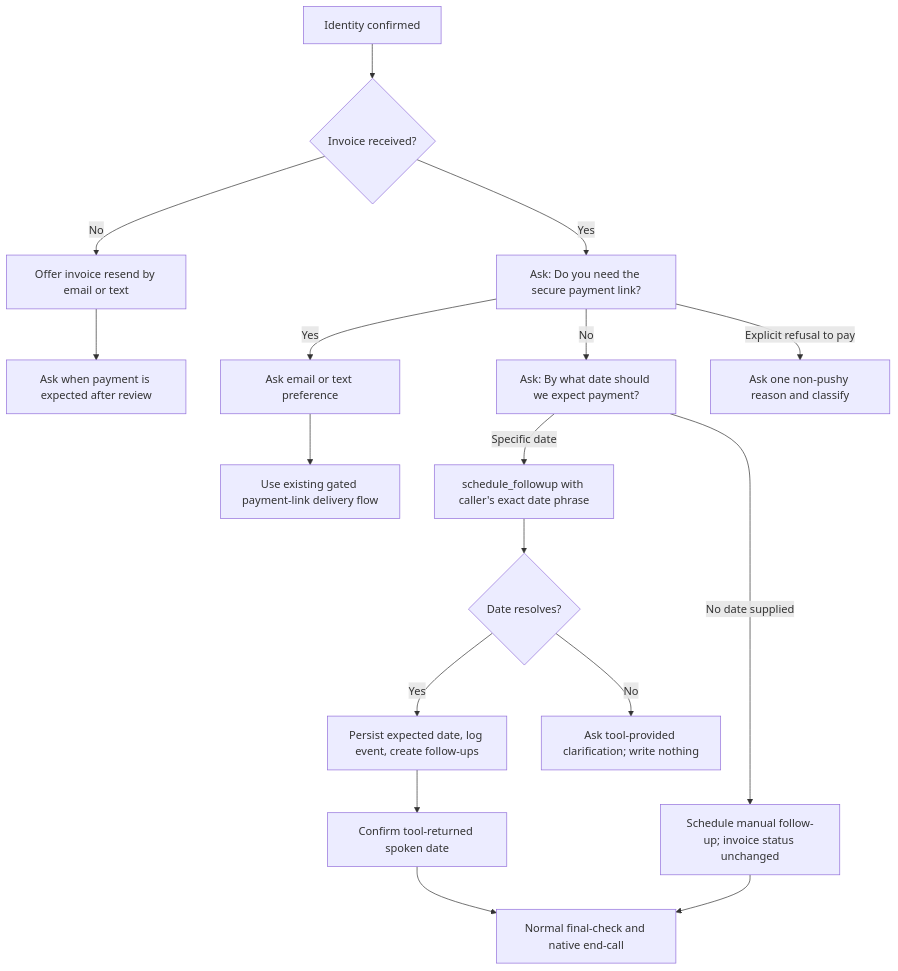
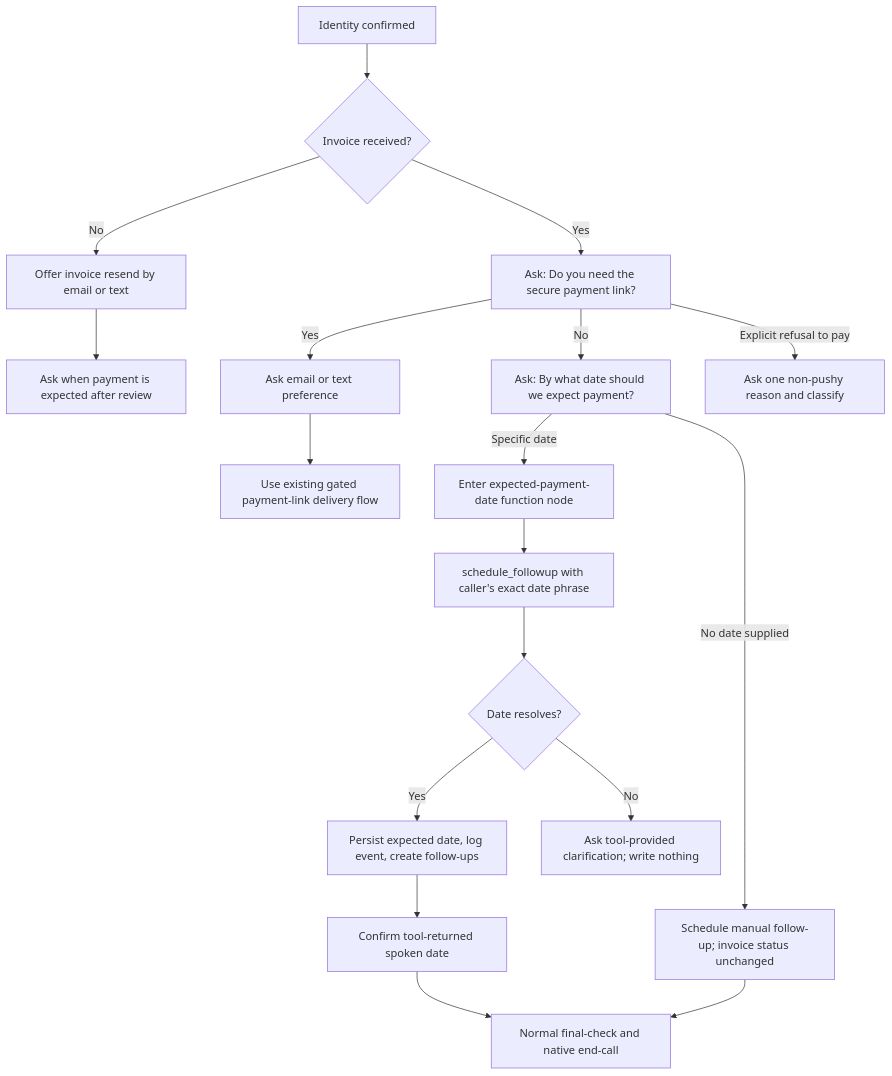
One commit to rizefr/RetellDemo changed the diagram in RETELL_INSPECTION_FLOW_LOGIC_MAP.md. Above: the diagram before and after it, drawn with Mermaid. The commit also changed other lines of this file and 3 other files, not shown here.

````diff
--- a/RETELL_INSPECTION_FLOW_LOGIC_MAP.md
+++ b/RETELL_INSPECTION_FLOW_LOGIC_MAP.md
@@ -71,19 +71,20 @@
 ```mermaid
 flowchart TD
   A["Identity confirmed"] --> B{"Invoice received?"}
   B -->|No| C["Offer invoice resend by email or text"]
   C --> D["Ask when payment is expected after review"]
   B -->|Yes| E["Ask: Do you need the secure payment link?"]
   E -->|Yes| F["Ask email or text preference"]
   F --> G["Use existing gated payment-link delivery flow"]
   E -->|No| H["Ask: By what date should we expect payment?"]
-  H -->|Specific date| I["schedule_followup with caller's exact date phrase"]
-  I --> J{"Date resolves?"}
+  H -->|Specific date| I["Enter expected-payment-date function node"]
+  I --> Q["schedule_followup with caller's exact date phrase"]
+  Q --> J{"Date resolves?"}
   J -->|Yes| K["Persist expected date, log event, create follow-ups"]
   J -->|No| L["Ask tool-provided clarification; write nothing"]
   H -->|No date supplied| M["Schedule manual follow-up; invoice status unchanged"]
   K --> N["Confirm tool-returned spoken date"]
   N --> O["Normal final-check and native end-call"]
   M --> O
   E -->|Explicit refusal to pay| P["Ask one non-pushy reason and classify"]
 ```
````
